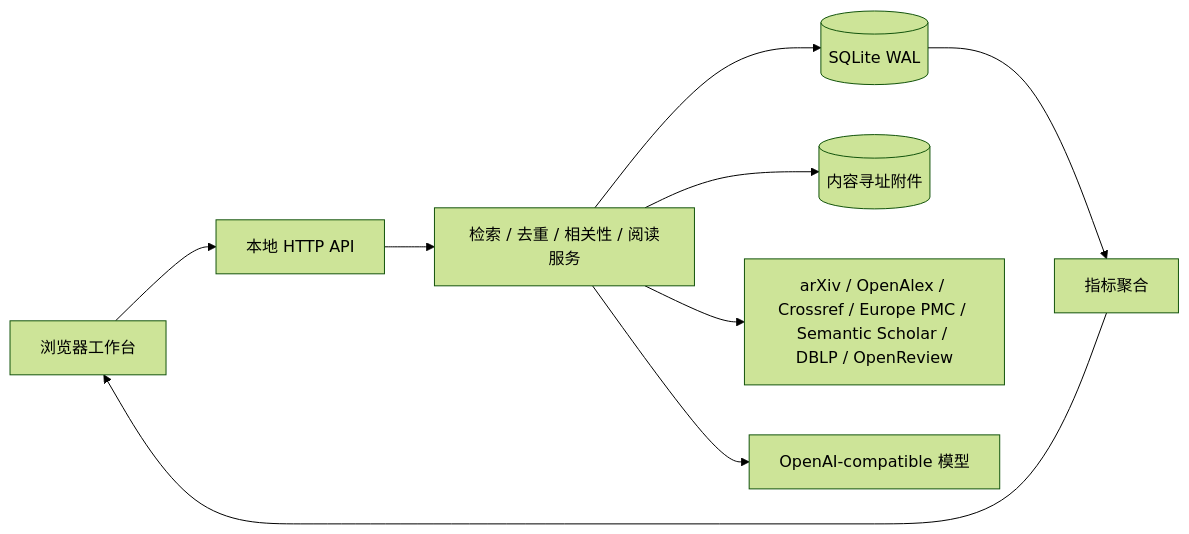
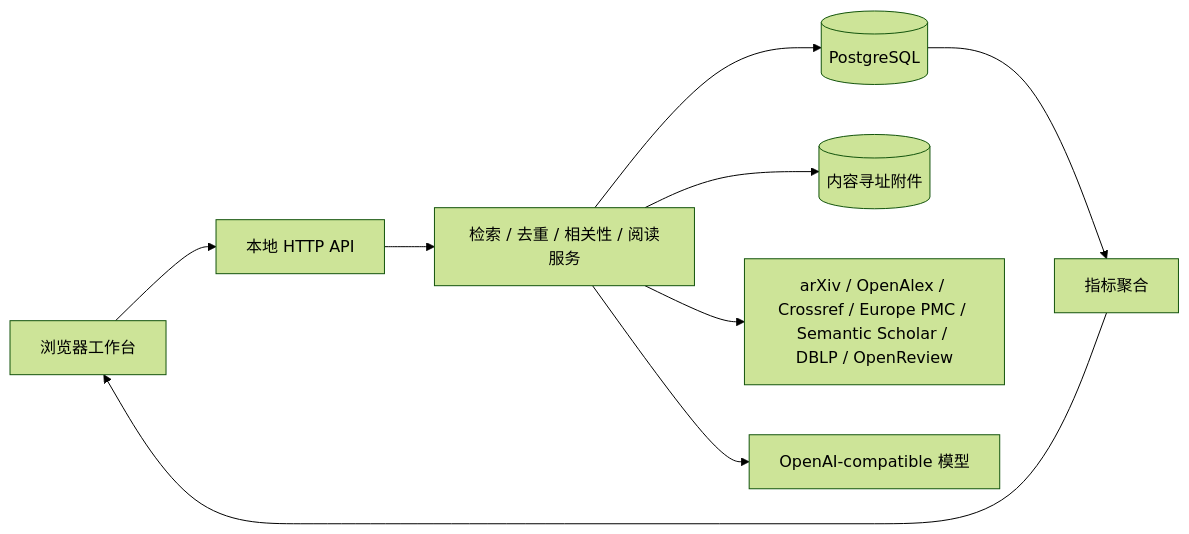
Before and after one commit to 404lonewolf404/LitLoom: the diagram in ARCHITECTURE.md, drawn with Mermaid (forest theme). The commit also changed other lines of this file and 2872 other files, not shown here.

````diff
--- a/ARCHITECTURE.md
+++ b/ARCHITECTURE.md
@@ -32,11 +38,11 @@
 ```mermaid
 flowchart LR
     UI[浏览器工作台] --> API[本地 HTTP API]
     API --> Domain[检索 / 去重 / 相关性 / 阅读服务]
-    Domain --> DB[(SQLite WAL)]
+    Domain --> DB[(PostgreSQL)]
     Domain --> Files[(内容寻址附件)]
     Domain --> Sources[arXiv / OpenAlex / Crossref / Europe PMC / Semantic Scholar / DBLP / OpenReview]
     Domain --> Model[OpenAI-compatible 模型]
     DB --> Analytics[指标聚合]
     Analytics --> UI
 ```
````
